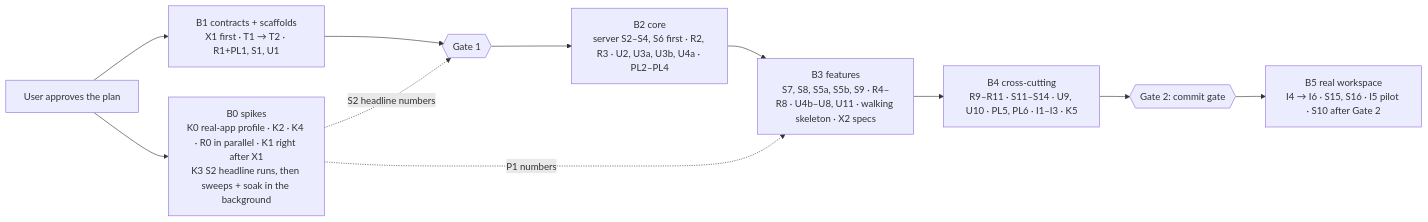
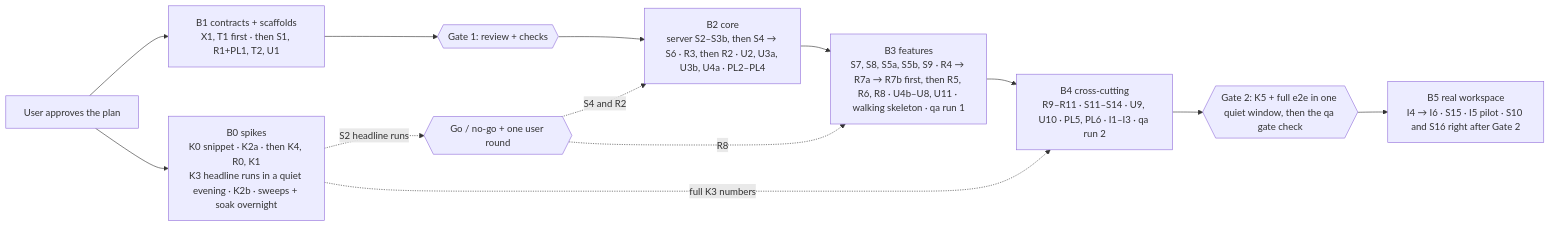
Before and after one commit to akhilshastri/session-replay: the second of 2 diagrams in plan/01-session-replay.md, drawn with Mermaid. The commit also changed other lines of this file and 7 other files, not shown here.

````diff
--- a/plan/01-session-replay.md
+++ b/plan/01-session-replay.md
@@ -437,13 +443,15 @@
 ```mermaid
 flowchart LR
-  A[User approves the plan] --> B0["B0 spikes<br/>K0 real-app profile · K2 · K4 · R0 in parallel · K1 right after X1<br/>K3 S2 headline runs, then sweeps + soak in the background"]
-  A --> B1["B1 contracts + scaffolds<br/>X1 first · T1 → T2 · R1+PL1, S1, U1"]
-  B1 --> G1{{Gate 1}}
-  B0 -. S2 headline numbers .-> G1
-  G1 --> B2["B2 core<br/>server S2–S4, S6 first · R2, R3 · U2, U3a, U3b, U4a · PL2–PL4"]
-  B2 --> B3["B3 features<br/>S7, S8, S5a, S5b, S9 · R4–R8 · U4b–U8, U11 · walking skeleton · X2 specs"]
-  B0 -. P1 numbers .-> B3
-  B3 --> B4["B4 cross-cutting<br/>R9–R11 · S11–S14 · U9, U10 · PL5, PL6 · I1–I3 · K5"]
-  B4 --> G2{{Gate 2: commit gate}}
-  G2 --> B5["B5 real workspace<br/>I4 → I6 · S15, S16 · I5 pilot · S10 after Gate 2"]
+  A[User approves the plan] --> B0["B0 spikes<br/>K0 snippet · K2a · then K4, R0, K1<br/>K3 headline runs in a quiet evening · K2b · sweeps + soak overnight"]
+  A --> B1["B1 contracts + scaffolds<br/>X1, T1 first · then S1, R1+PL1, T2, U1"]
+  B1 --> G1{{Gate 1: review + checks}}
+  G1 --> B2["B2 core<br/>server S2–S3b, then S4 → S6 · R3, then R2 · U2, U3a, U3b, U4a · PL2–PL4"]
+  B0 -. S2 headline runs .-> GO{{Go / no-go + one user round}}
+  GO -. S4 and R2 .-> B2
+  B2 --> B3["B3 features<br/>S7, S8, S5a, S5b, S9 · R4 → R7a → R7b first, then R5, R6, R8 · U4b–U8, U11 · walking skeleton · qa run 1"]
+  GO -. R8 .-> B3
+  B3 --> B4["B4 cross-cutting<br/>R9–R11 · S11–S14 · U9, U10 · PL5, PL6 · I1–I3 · qa run 2"]
+  B0 -. full K3 numbers .-> B4
+  B4 --> G2{{Gate 2: K5 + full e2e in one quiet window, then the qa gate check}}
+  G2 --> B5["B5 real workspace<br/>I4 → I6 · S15 · I5 pilot · S10 and S16 right after Gate 2"]
 ```
````
